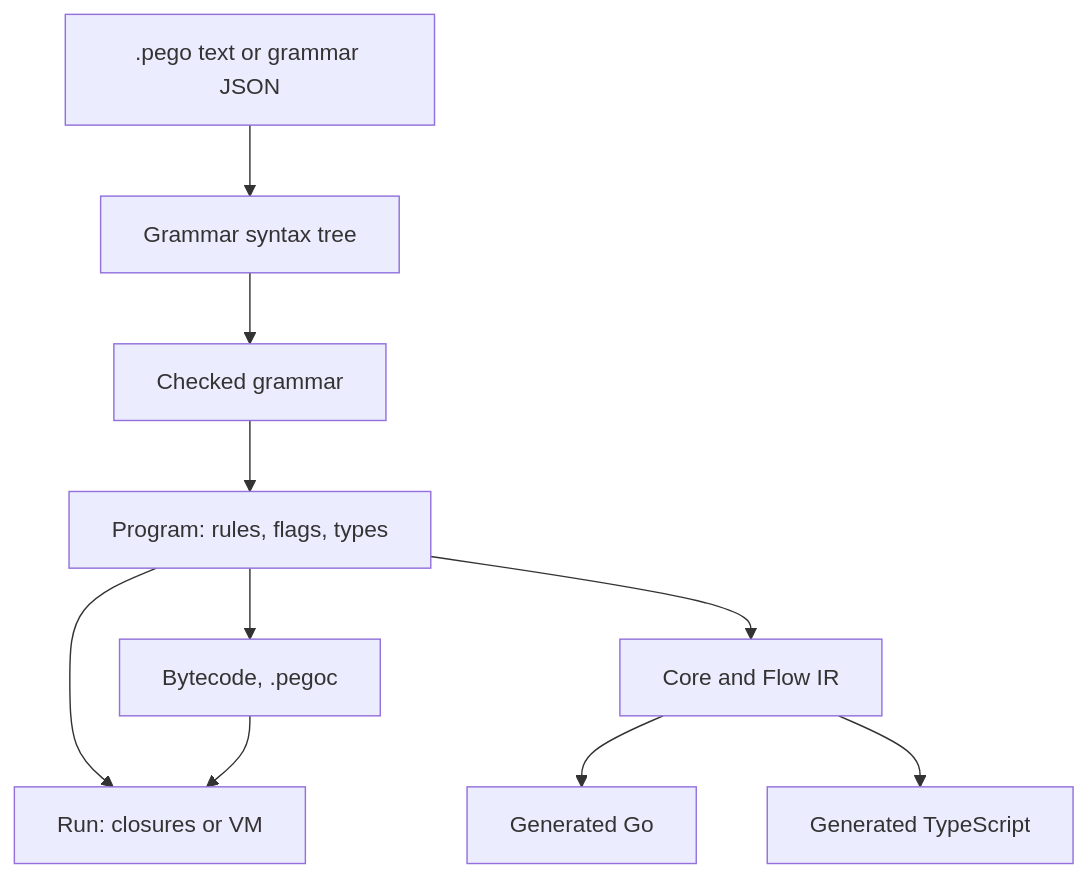
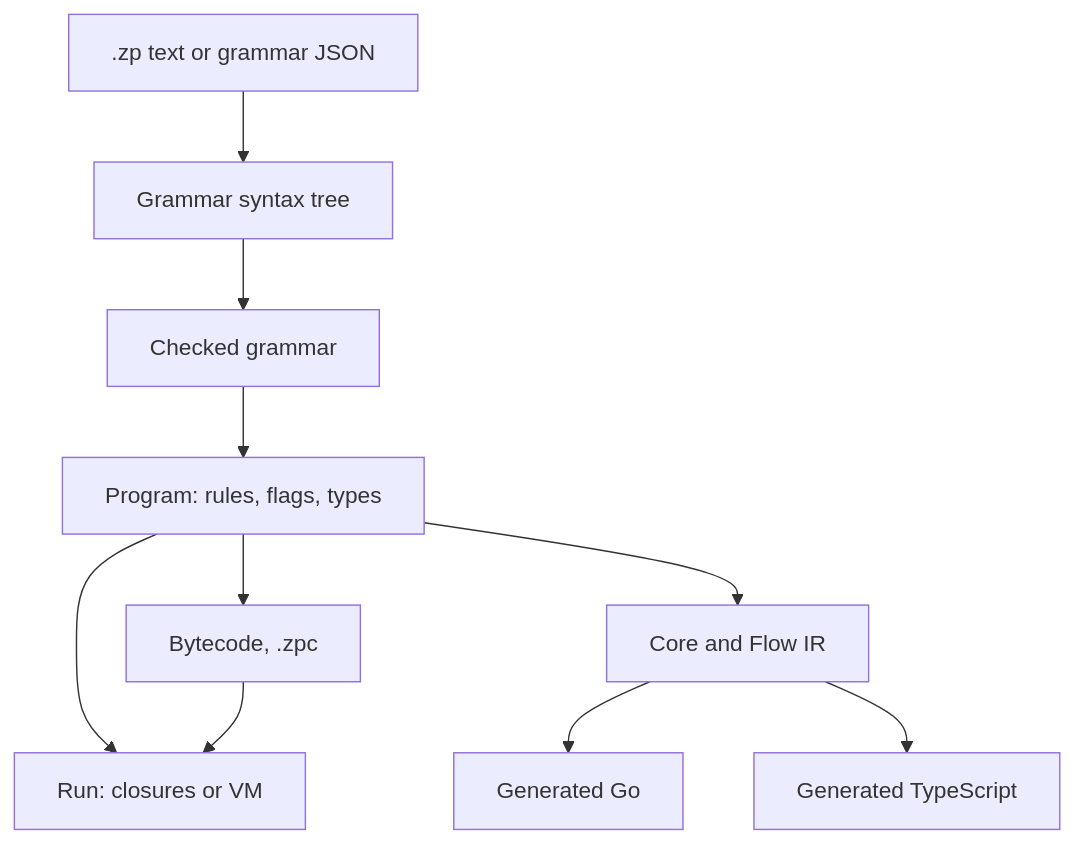
One commit to ornew/pego changed the first of 2 diagrams in docs/design/architecture.md. Above: the diagram before and after it, drawn with Mermaid. The commit also changed other lines of this file and 1599 other files, not shown here.

````diff
--- a/docs/design/architecture.md
+++ b/docs/design/architecture.md
@@ -15,12 +15,12 @@
 ```mermaid
 flowchart TD
-  src[".pego text or grammar JSON"] --> ast["Grammar syntax tree"]
+  src[".zp text or grammar JSON"] --> ast["Grammar syntax tree"]
   ast --> chk["Checked grammar"]
   chk --> prog["Program: rules, flags, types"]
   prog --> run["Run: closures or VM"]
   prog --> ir["Core and Flow IR"]
   ir --> gen["Generated Go"]
   ir --> ts["Generated TypeScript"]
-  prog --> bc["Bytecode, .pegoc"]
+  prog --> bc["Bytecode, .zpc"]
   bc --> run
 ```
````
